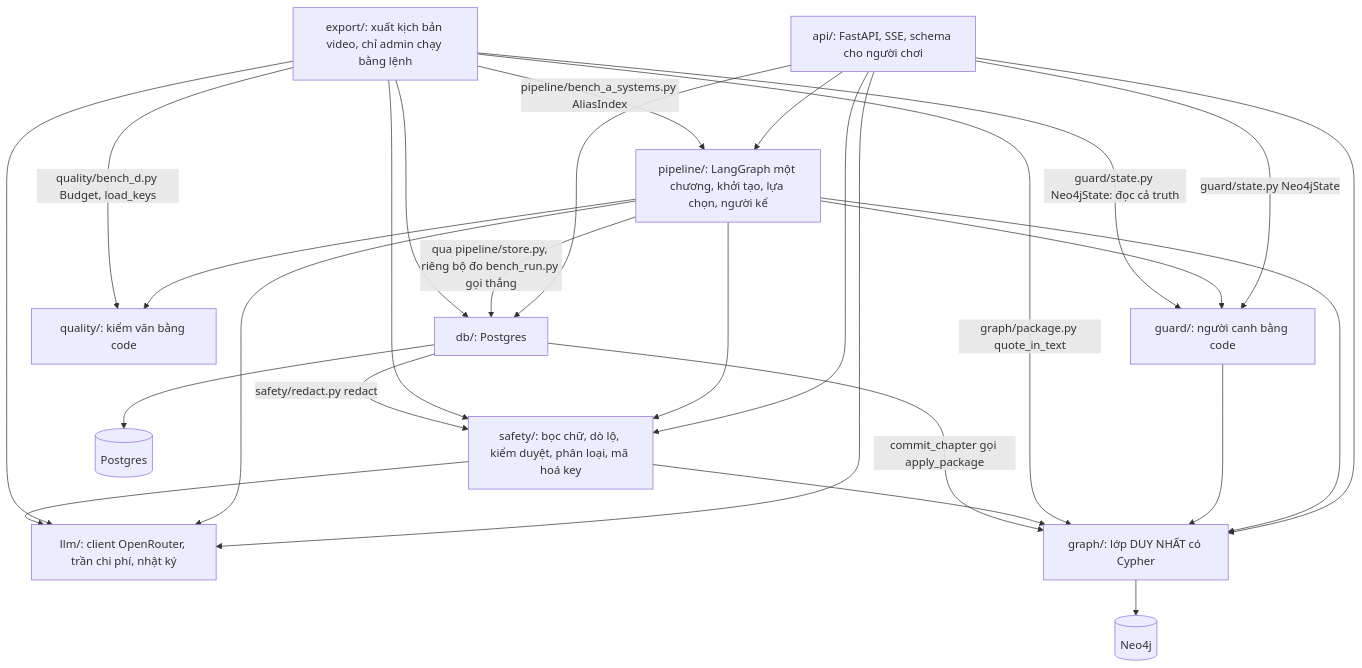
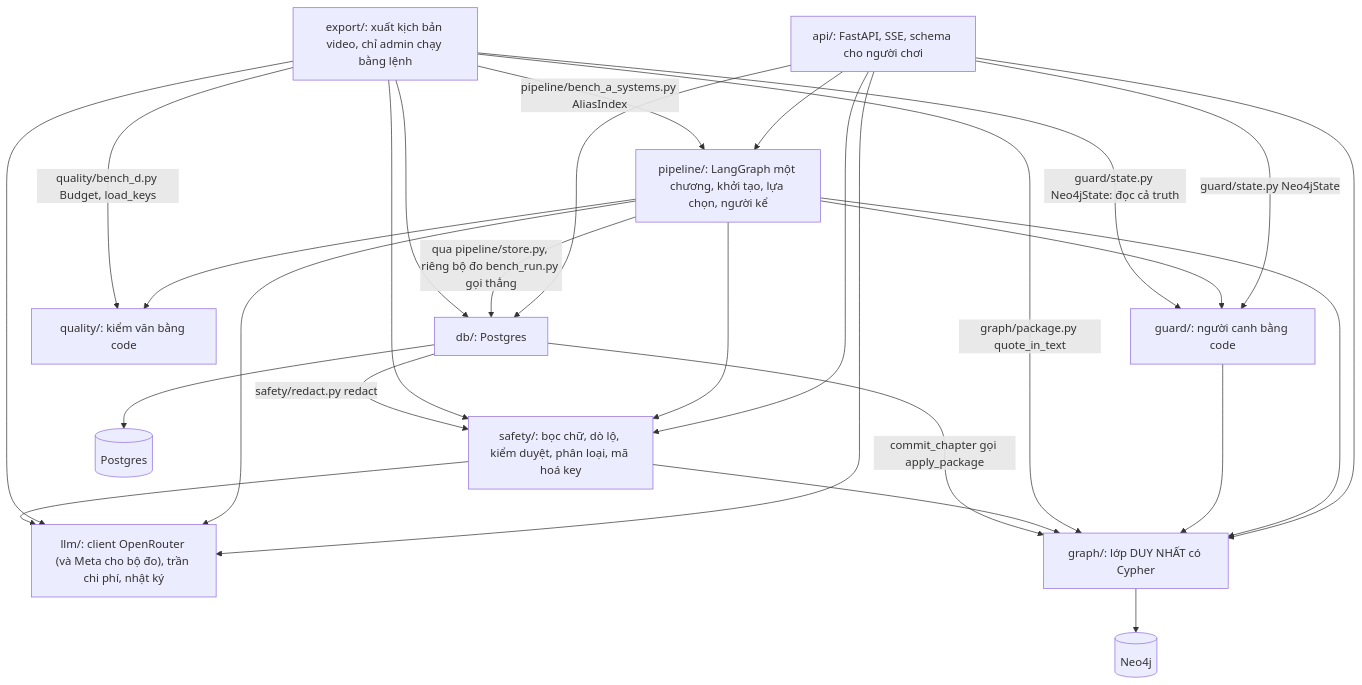
One commit to orms147/writory changed the third of 12 diagrams in docs/architecture.md. Above: the diagram before and after it, drawn with Mermaid. The commit also changed other lines of this file and 11 other files, not shown here.

First line of the commit message:
feat(bench): chọn nhà cung cấp theo config, client Meta cho bộ đo (D-140)

````diff
--- a/docs/architecture.md
+++ b/docs/architecture.md
@@ -61,40 +61,40 @@
 ```mermaid
 flowchart TD
   m_api["api/: FastAPI, SSE, schema cho người chơi"]
   m_pipeline["pipeline/: LangGraph một chương, khởi tạo, lựa chọn, người kể"]
   m_guard["guard/: người canh bằng code"]
   m_quality["quality/: kiểm văn bằng code"]
   m_safety["safety/: bọc chữ, dò lộ, kiểm duyệt, phân loại, mã hoá key"]
-  m_llm["llm/: client OpenRouter, trần chi phí, nhật ký"]
+  m_llm["llm/: client OpenRouter (và Meta cho bộ đo), trần chi phí, nhật ký"]
   m_db["db/: Postgres"]
   m_graph["graph/: lớp DUY NHẤT có Cypher"]
   m_export["export/: xuất kịch bản video, chỉ admin chạy bằng lệnh"]
   neo[("Neo4j")]
   pg[("Postgres")]
   m_api --> m_pipeline
   m_api --> m_safety
   m_api --> m_llm
   m_api --> m_db
   m_api --> m_graph
   m_api -->|guard/state.py Neo4jState| m_guard
   m_pipeline --> m_guard
   m_pipeline --> m_quality
   m_pipeline --> m_safety
   m_pipeline --> m_llm
   m_pipeline --> m_graph
   m_pipeline -->|qua pipeline/store.py, riêng bộ đo bench_run.py gọi thẳng| m_db
   m_guard --> m_graph
   m_export -->|guard/state.py Neo4jState: đọc cả truth| m_guard
   m_export --> m_db
   m_export --> m_llm
   m_export --> m_safety
   m_export -->|graph/package.py quote_in_text| m_graph
   m_export -->|pipeline/bench_a_systems.py AliasIndex| m_pipeline
   m_export -->|quality/bench_d.py Budget, load_keys| m_quality
   m_safety --> m_graph
   m_safety --> m_llm
   m_db -->|commit_chapter gọi apply_package| m_graph
   m_db -->|safety/redact.py redact| m_safety
   m_graph --> neo
   m_db --> pg
 ```
````
